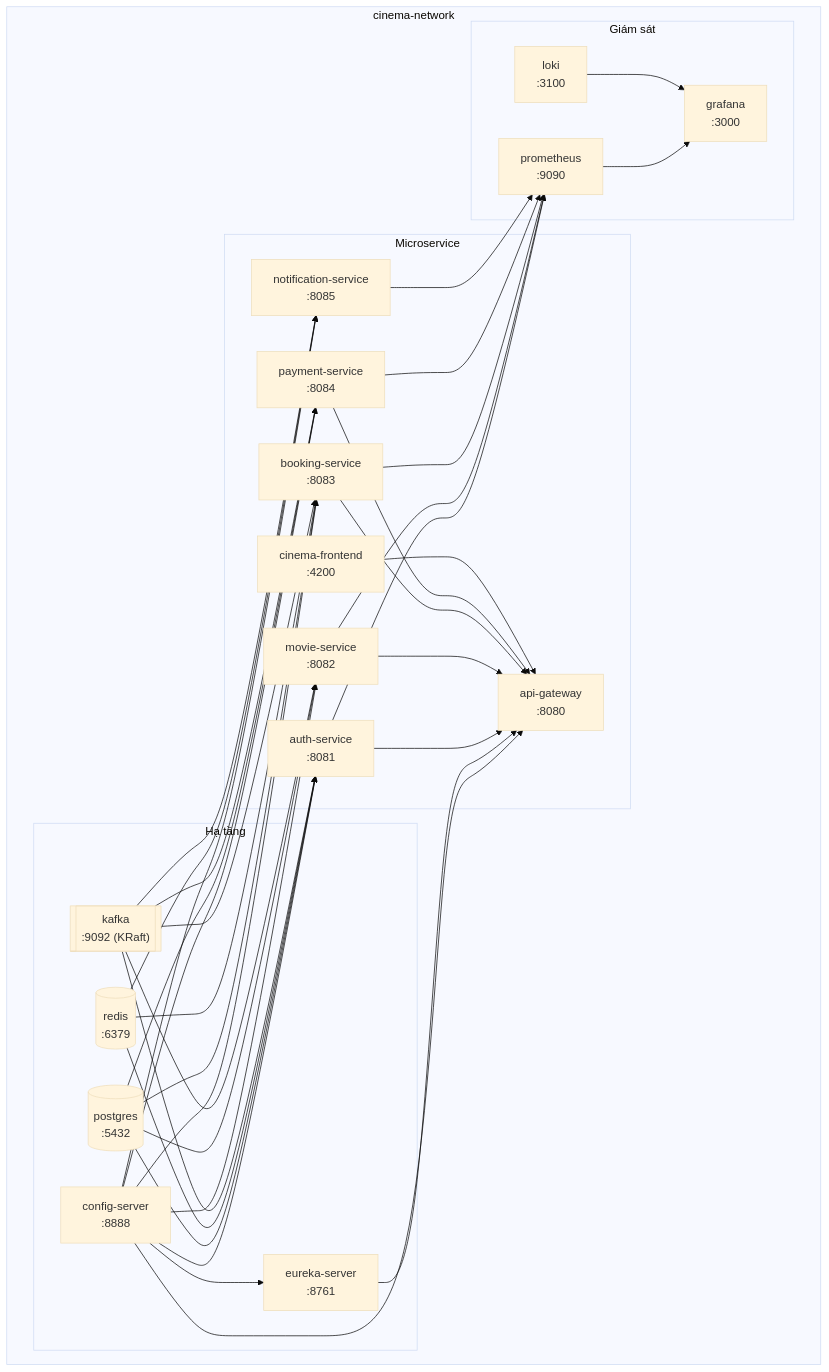
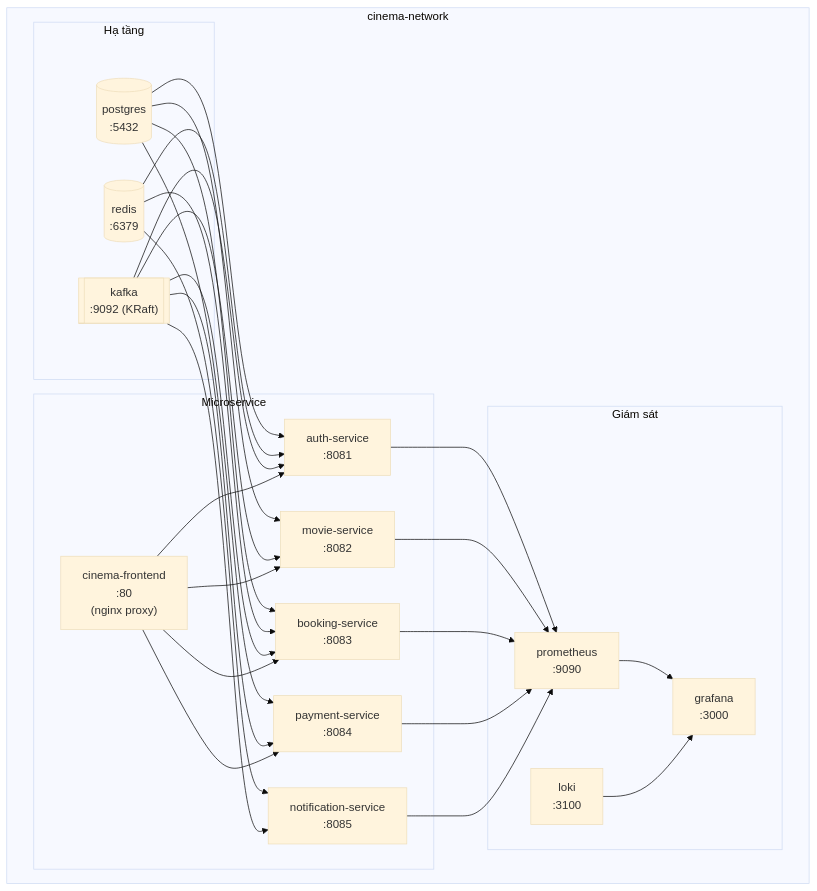
The second of 27 diagrams in docs/vi/system-design-mermaid-diagrams-all-services-flows.md (namnd0312/ms-cinema), drawn with Mermaid (base theme) before and after one commit. The commit also changed other lines of this file and 36 other files, not shown here.

Commit message:
260409-2143-remove-api-gateway-use-k8s-ingress

````diff
--- a/docs/vi/system-design-mermaid-diagrams-all-services-flows.md
+++ b/docs/vi/system-design-mermaid-diagrams-all-services-flows.md
@@ -143,62 +134,50 @@
 ```mermaid
 graph LR
     subgraph cinema-network
         direction LR
         subgraph infra["Hạ tầng"]
             PG[("postgres\n:5432")]
             Redis[("redis\n:6379")]
             Kafka[["kafka\n:9092 (KRaft)"]]
-            Config["config-server\n:8888"]
-            Eureka["eureka-server\n:8761"]
         end
 
         subgraph services["Microservice"]
             Auth["auth-service\n:8081"]
             Movie["movie-service\n:8082"]
             Booking["booking-service\n:8083"]
             Payment["payment-service\n:8084"]
             Notif["notification-service\n:8085"]
-            Gateway["api-gateway\n:8080"]
-            Frontend["cinema-frontend\n:4200"]
+            Frontend["cinema-frontend\n:80\n(nginx proxy)"]
         end
 
         subgraph observability["Giám sát"]
             Prometheus["prometheus\n:9090"]
             Grafana["grafana\n:3000"]
             Loki["loki\n:3100"]
         end
     end
 
-    Config --> Eureka
-    Config --> Auth
-    Config --> Movie
-    Config --> Booking
-    Config --> Payment
-    Config --> Notif
-    Config --> Gateway
-    Eureka --> Gateway
     PG --> Auth
     PG --> Movie
     PG --> Booking
     PG --> Payment
     Redis --> Auth
     Redis --> Booking
     Redis --> Notif
     Kafka --> Auth
     Kafka --> Movie
     Kafka --> Booking
     Kafka --> Payment
     Kafka --> Notif
-    Auth --> Gateway
-    Movie --> Gateway
-    Booking --> Gateway
-    Payment --> Gateway
-    Frontend --> Gateway
+    Frontend --> Auth
+    Frontend --> Movie
+    Frontend --> Booking
+    Frontend --> Payment
     Auth --> Prometheus
     Movie --> Prometheus
     Booking --> Prometheus
     Payment --> Prometheus
     Notif --> Prometheus
     Prometheus --> Grafana
     Loki --> Grafana
 ```
````
